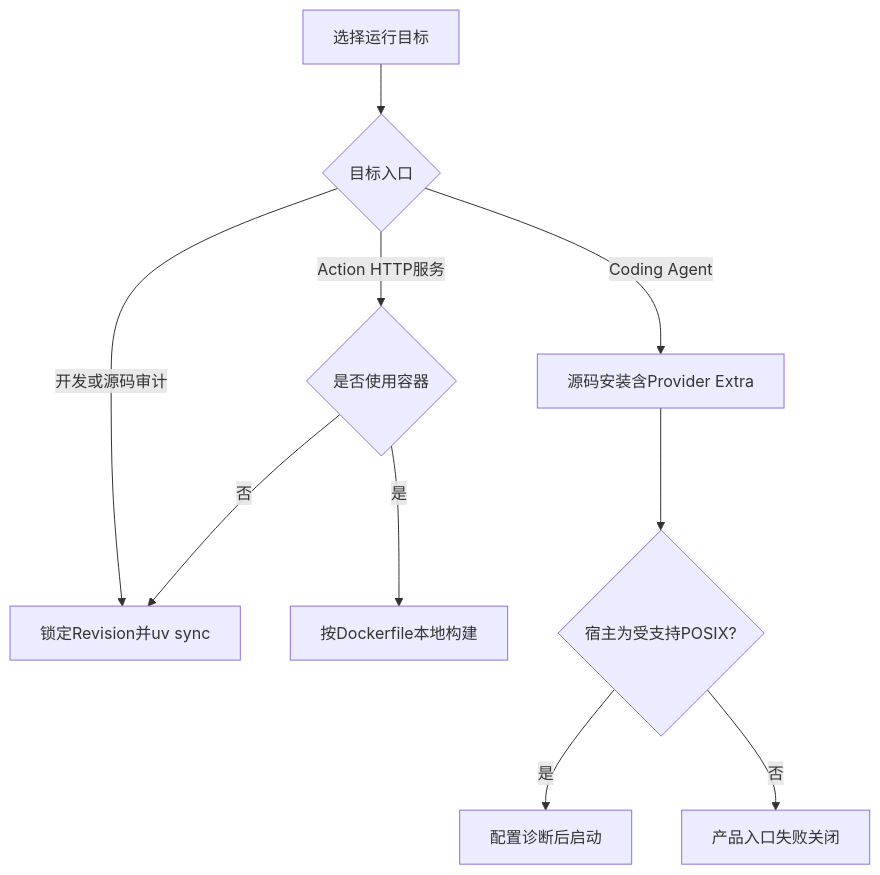
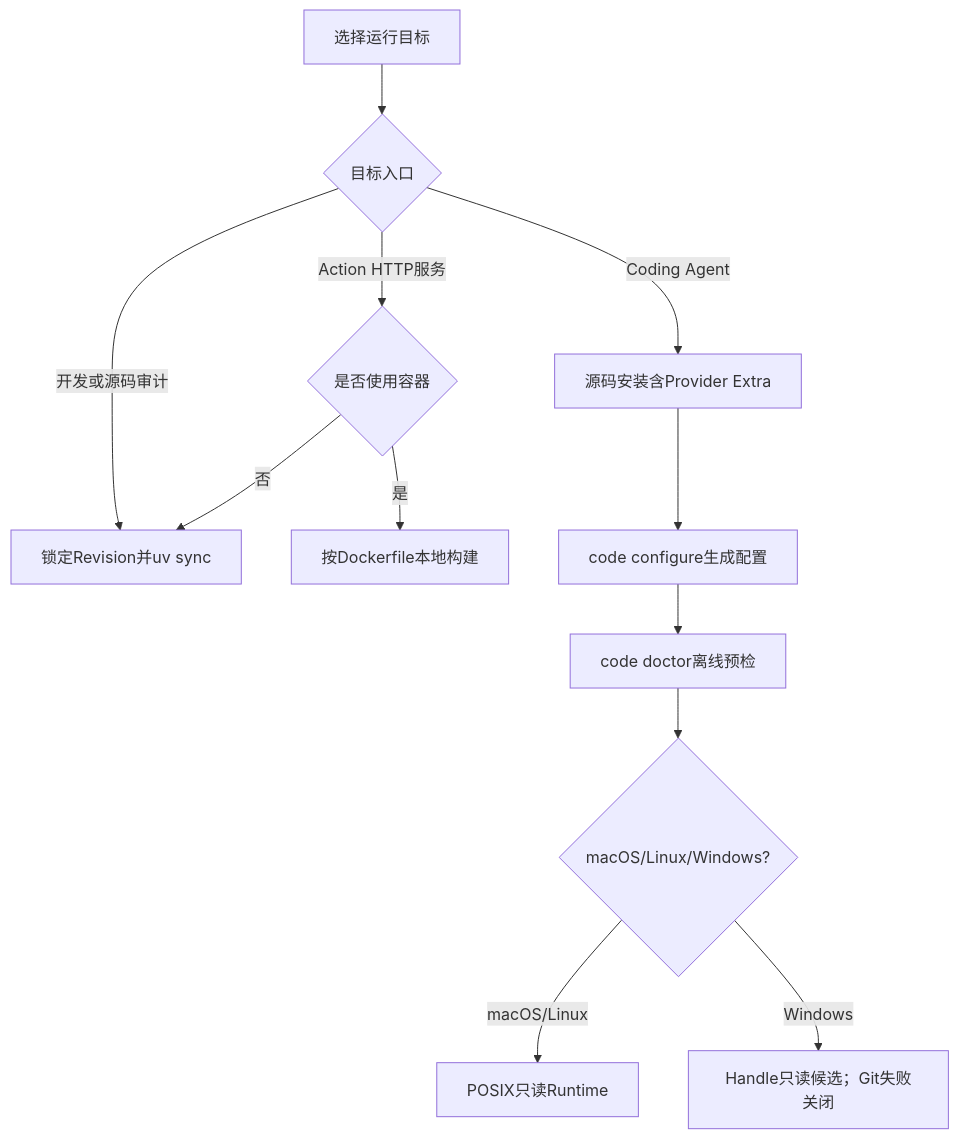
The diagram in docs/operations/installation.md (carrie1988/Harnessix), drawn with Mermaid before and after one commit. The commit also changed other lines of this file and 18 other files, not shown here.

````diff
--- a/docs/operations/installation.md
+++ b/docs/operations/installation.md
@@ -50,12 +55,14 @@
 ```mermaid
 flowchart TD
     Start[选择运行目标] --> Product{目标入口}
     Product -- 开发或源码审计 --> Source[锁定Revision并uv sync]
     Product -- Action HTTP服务 --> Container{是否使用容器}
     Container -- 否 --> Source
     Container -- 是 --> Image[按Dockerfile本地构建]
     Product -- Coding Agent --> Agent[源码安装含Provider Extra]
-    Agent --> Platform{宿主为受支持POSIX?}
-    Platform -- 是 --> Diagnose[配置诊断后启动]
-    Platform -- 否 --> Reject[产品入口失败关闭]
+    Agent --> Configure[code configure生成配置]
+    Configure --> Diagnose[code doctor离线预检]
+    Diagnose --> Platform{macOS/Linux/Windows?}
+    Platform -- macOS/Linux --> Posix[POSIX只读Runtime]
+    Platform -- Windows --> Win[Handle只读候选；Git失败关闭]
 ```
````
